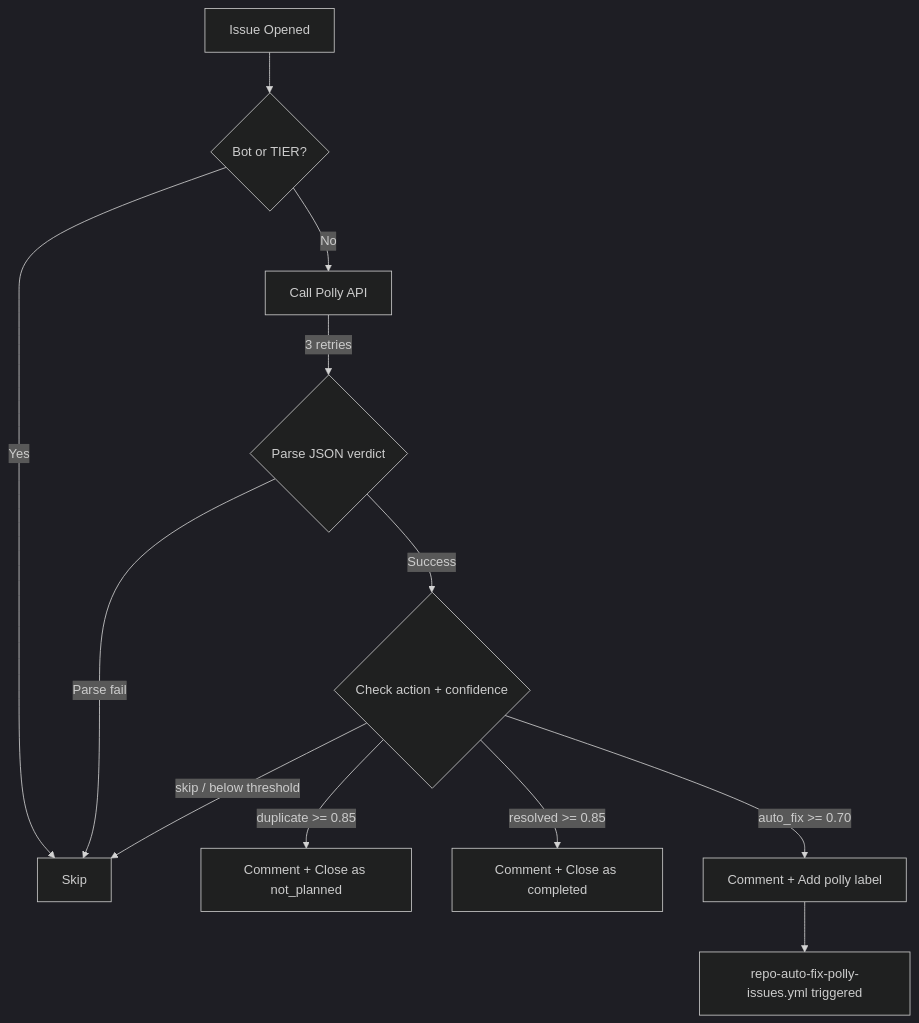
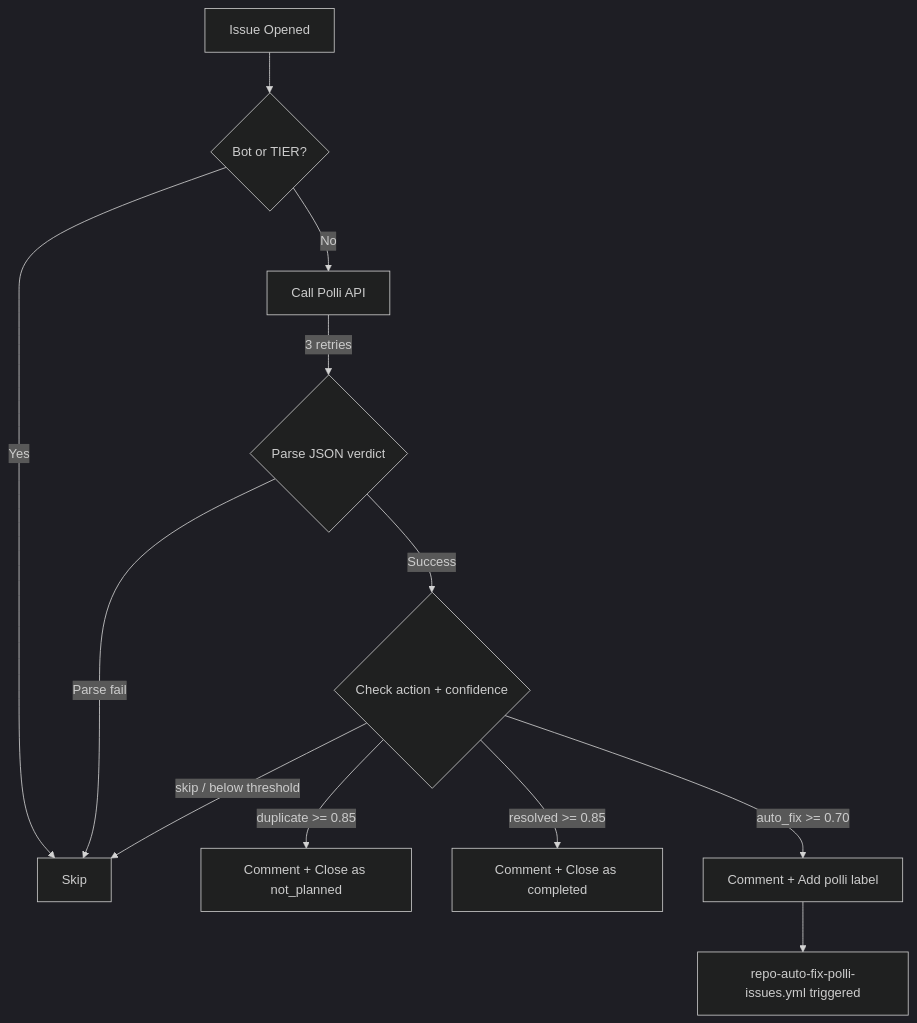
The first of 4 diagrams in .github/docs/TRIAGE.md (pollinations/pollinations), drawn with Mermaid before and after one commit. The commit also changed other lines of this file and 112 other files, not shown here.

First line of the commit message:
refactor: rename Polly to Polli

````diff
--- a/.github/docs/TRIAGE.md
+++ b/.github/docs/TRIAGE.md
@@ -17,15 +17,15 @@
 ```mermaid
 %%{init: {'theme': 'dark'}}%%
 flowchart TD
     A[Issue Opened] --> B{Bot or TIER?}
     B -->|Yes| C[Skip]
-    B -->|No| D[Call Polly API]
+    B -->|No| D[Call Polli API]
     D -->|3 retries| E{Parse JSON verdict}
     E -->|Parse fail| C
     E -->|Success| F{Check action + confidence}
     F -->|duplicate >= 0.85| G[Comment + Close as not_planned]
     F -->|resolved >= 0.85| H[Comment + Close as completed]
-    F -->|auto_fix >= 0.70| I[Comment + Add polly label]
+    F -->|auto_fix >= 0.70| I[Comment + Add polli label]
     F -->|skip / below threshold| C
-    I --> J[repo-auto-fix-polly-issues.yml triggered]
+    I --> J[repo-auto-fix-polli-issues.yml triggered]
 ```
````
